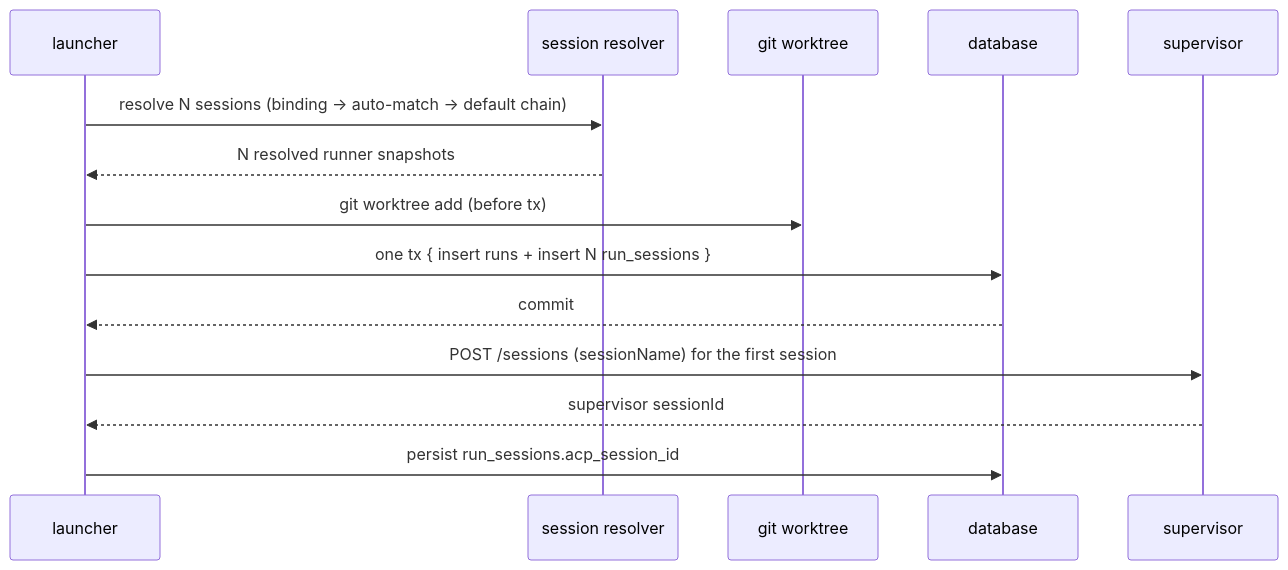
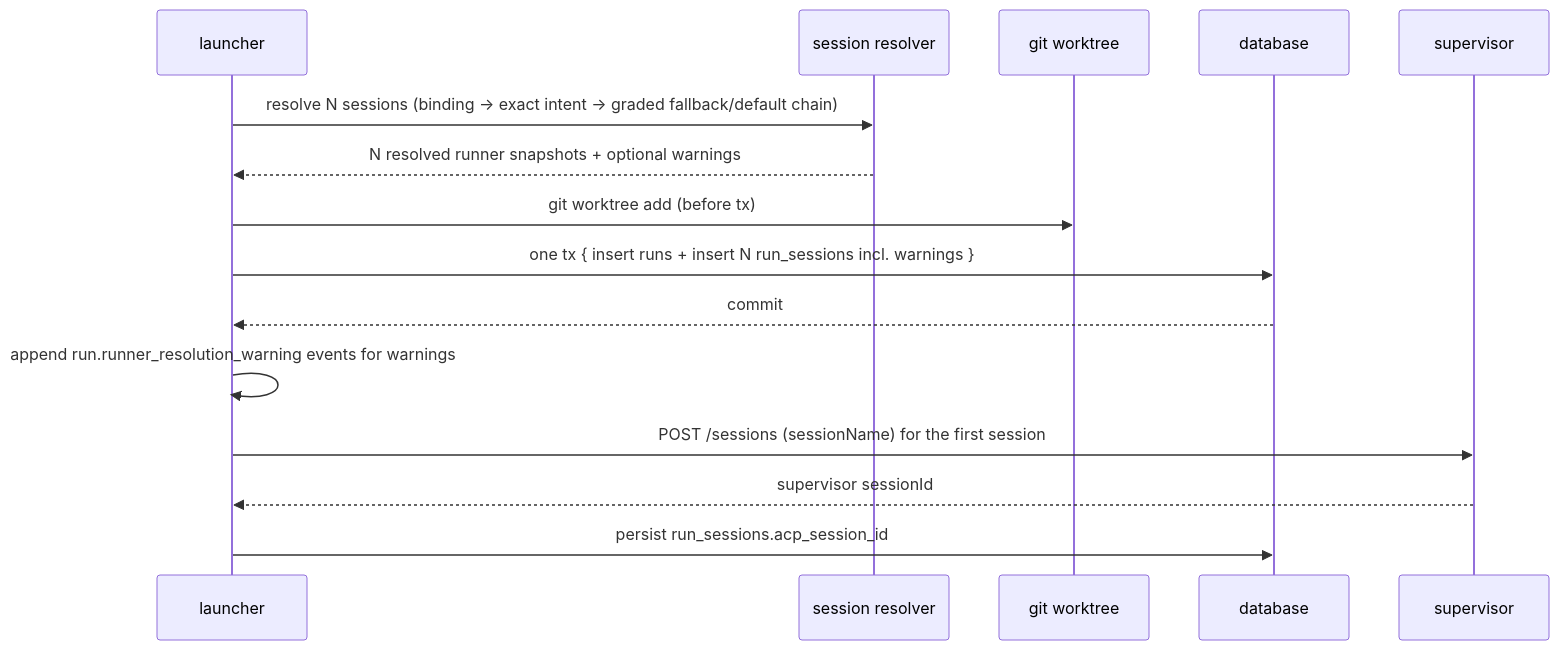
Before and after one commit to maister-dev/maister: the fourth of 5 diagrams in docs/system-analytics/sessions.md, drawn with Mermaid. The commit also changed other lines of this file and 114 other files, not shown here.

Commit message:
feat(runners): add graded runner resolution

````diff
--- a/docs/system-analytics/sessions.md
+++ b/docs/system-analytics/sessions.md
@@ -107,16 +110,17 @@
 ```mermaid
 sequenceDiagram
     participant U as launcher
     participant RES as session resolver
     participant WT as git worktree
     participant DB as database
     participant SUP as supervisor
-    U->>RES: resolve N sessions (binding → auto-match → default chain)
-    RES-->>U: N resolved runner snapshots
+    U->>RES: resolve N sessions (binding → exact intent → graded fallback/default chain)
+    RES-->>U: N resolved runner snapshots + optional warnings
     U->>WT: git worktree add (before tx)
-    U->>DB: one tx { insert runs + insert N run_sessions }
+    U->>DB: one tx { insert runs + insert N run_sessions incl. warnings }
     DB-->>U: commit
+    U->>U: append run.runner_resolution_warning events for warnings
     U->>SUP: POST /sessions (sessionName) for the first session
     SUP-->>U: supervisor sessionId
     U->>DB: persist run_sessions.acp_session_id
 ```
````
